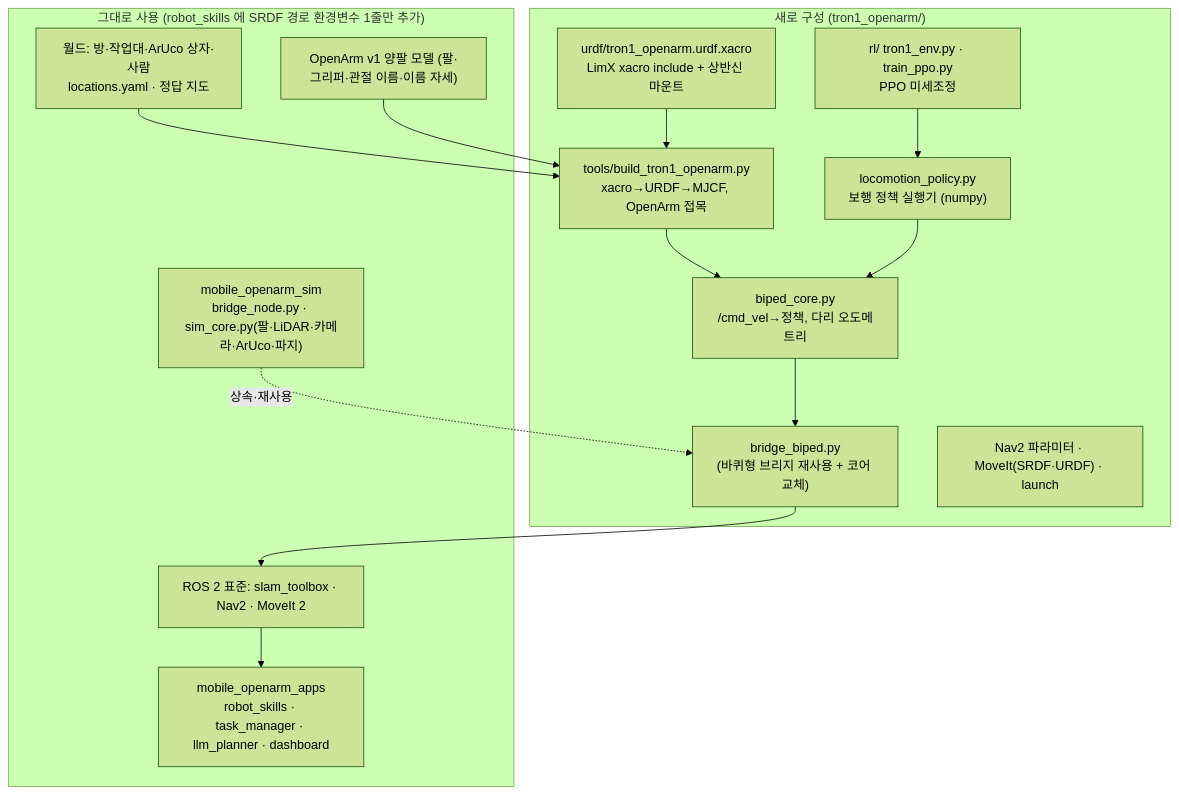
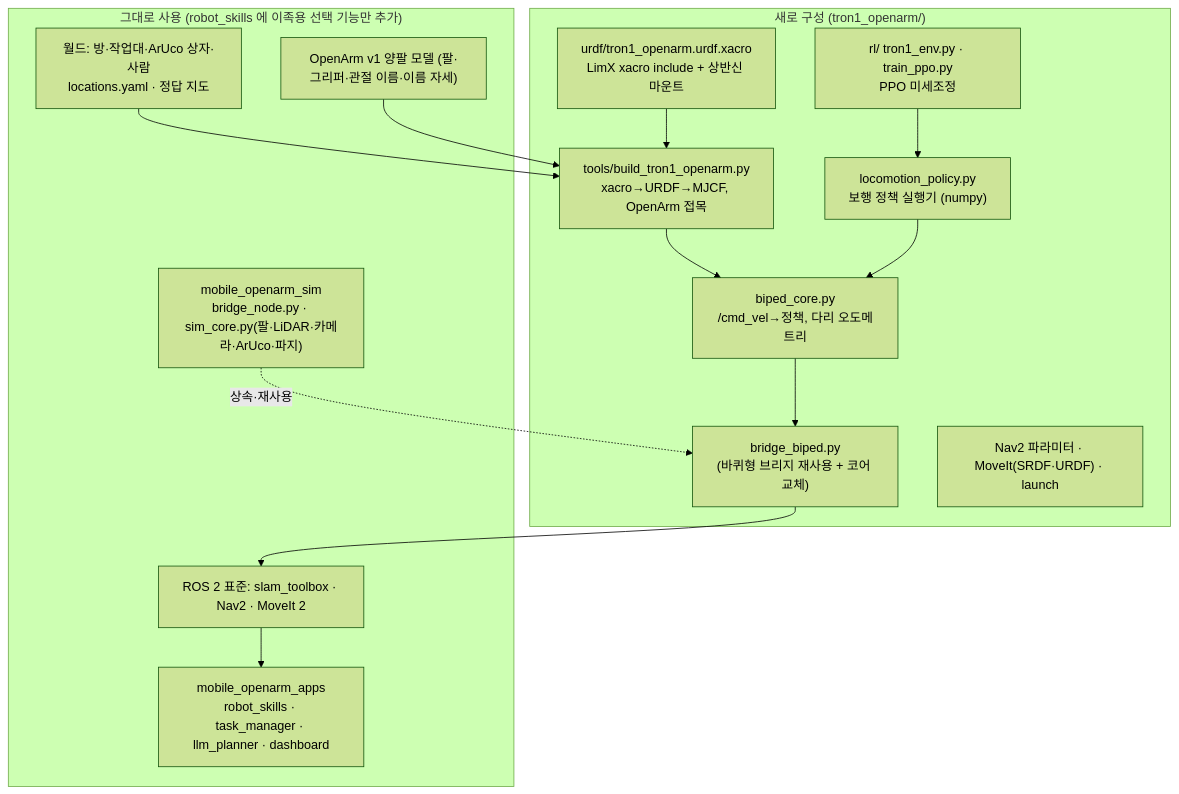
One commit to aha645/openarms_llm_ex changed the diagram in doc/tron1/01-what-changed.md. Above: the diagram before and after it, drawn with Mermaid (forest theme). The commit also changed other lines of this file and 6 other files, not shown here.

````diff
--- a/doc/tron1/01-what-changed.md
+++ b/doc/tron1/01-what-changed.md
@@ -19,26 +19,26 @@
 ```mermaid
 flowchart TB
-  subgraph SAME["그대로 사용 (robot_skills 에 SRDF 경로 환경변수 1줄만 추가)"]
+  subgraph SAME["그대로 사용 (robot_skills 에 이족용 선택 기능만 추가)"]
     APPS["mobile_openarm_apps<br/>robot_skills · task_manager · llm_planner · dashboard"]
     WBR["mobile_openarm_sim<br/>bridge_node.py · sim_core.py(팔·LiDAR·카메라·ArUco·파지)"]
     WORLD["월드: 방·작업대·ArUco 상자·사람<br/>locations.yaml · 정답 지도"]
     ROS["ROS 2 표준: slam_toolbox · Nav2 · MoveIt 2"]
     OA["OpenArm v1 양팔 모델 (팔·그리퍼·관절 이름·이름 자세)"]
   end
   subgraph NEW["새로 구성 (tron1_openarm/)"]
     X["urdf/tron1_openarm.urdf.xacro<br/>LimX xacro include + 상반신 마운트"]
     B["tools/build_tron1_openarm.py<br/>xacro→URDF→MJCF, OpenArm 접목"]
     P["locomotion_policy.py<br/>보행 정책 실행기 (numpy)"]
     C["biped_core.py<br/>/cmd_vel→정책, 다리 오도메트리"]
     BR["bridge_biped.py<br/>(바퀴형 브리지 재사용 + 코어 교체)"]
     RL["rl/ tron1_env.py · train_ppo.py<br/>PPO 미세조정"]
     CFG["Nav2 파라미터 · MoveIt(SRDF·URDF) · launch"]
   end
   X --> B --> C
   RL --> P --> C --> BR
   BR --> ROS
   WBR -. 상속·재사용 .-> BR
   ROS --> APPS
   OA --> B
   WORLD --> B
 ```
````
